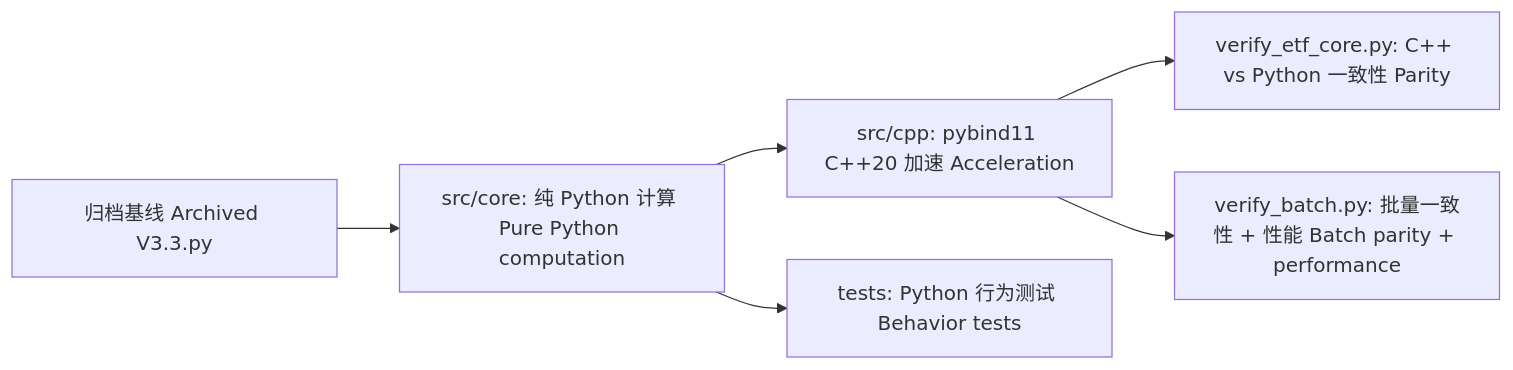
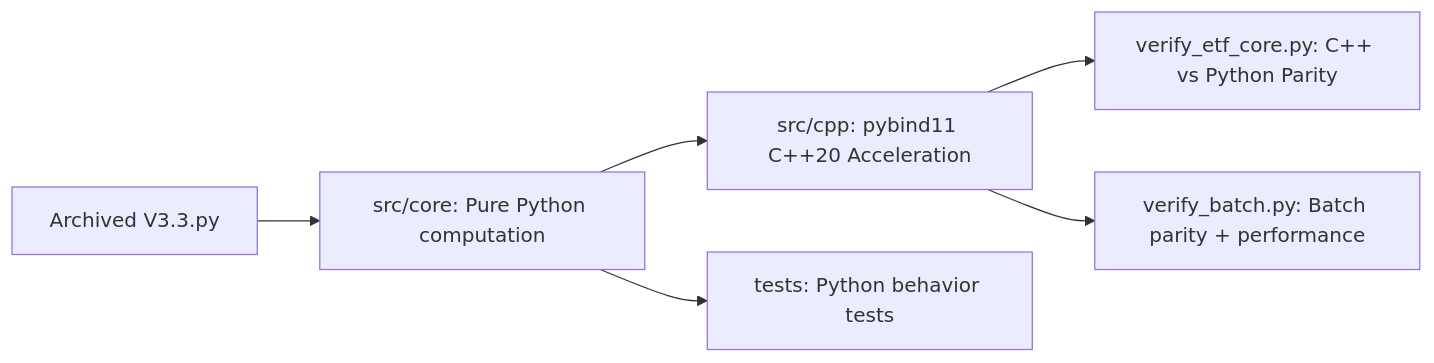
The diagram in README.md (redamancy231-create/etf-pattern-match-pybind11), drawn with Mermaid before and after one commit. The commit also changed other lines of this file, not shown here.

````diff
--- a/README.md
+++ b/README.md
@@ -80,8 +96,8 @@
 ```mermaid
 flowchart LR
-    A["归档基线 Archived V3.3.py"] --> B["src/core: 纯 Python 计算 Pure Python computation"]
-    B --> C["src/cpp: pybind11 C++20 加速 Acceleration"]
-    B --> D["tests: Python 行为测试 Behavior tests"]
-    C --> E["verify_etf_core.py: C++ vs Python 一致性 Parity"]
-    C --> F["verify_batch.py: 批量一致性 + 性能 Batch parity + performance"]
+    A["Archived V3.3.py"] --> B["src/core: Pure Python computation"]
+    B --> C["src/cpp: pybind11 C++20 Acceleration"]
+    B --> D["tests: Python behavior tests"]
+    C --> E["verify_etf_core.py: C++ vs Python Parity"]
+    C --> F["verify_batch.py: Batch parity + performance"]
 ```
````
